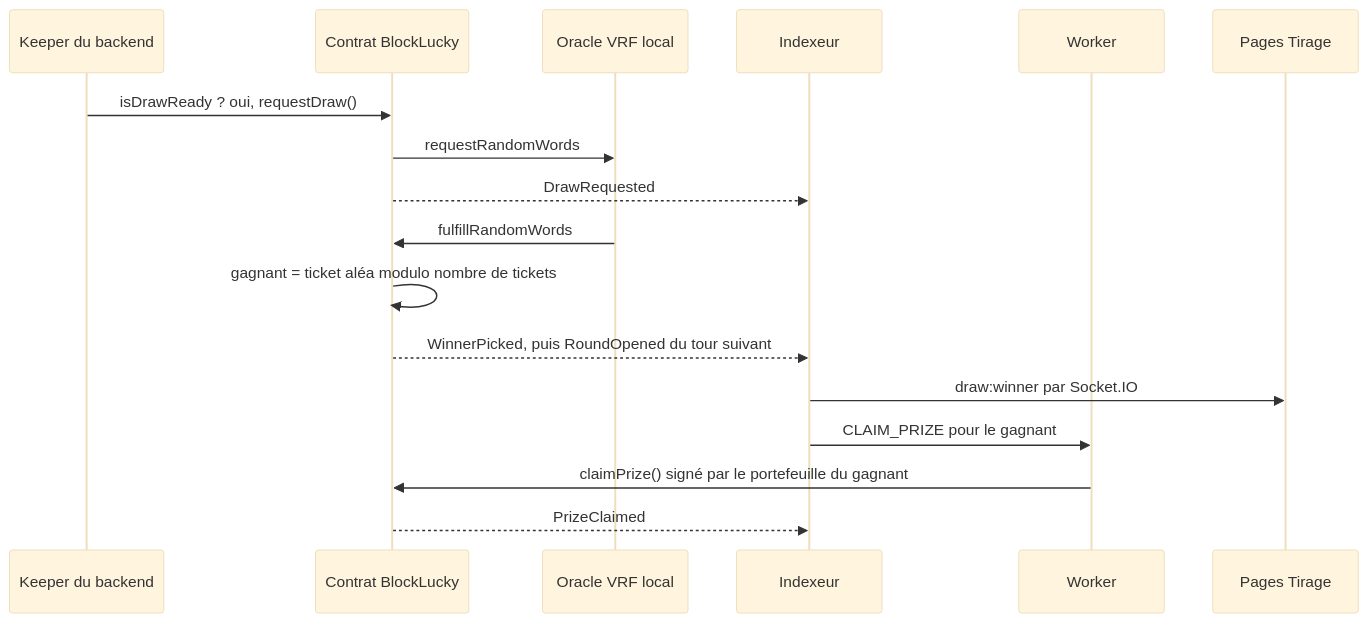
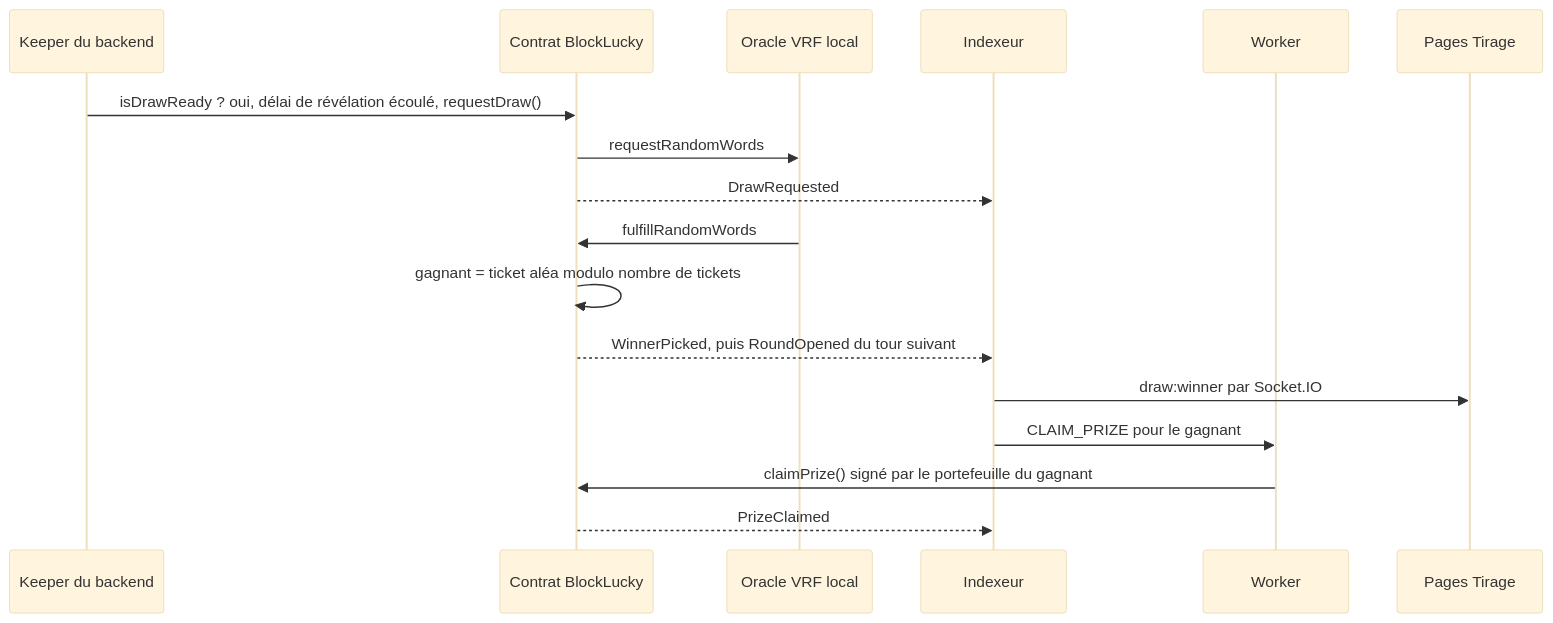
Before and after one commit to MarceauTDML/BlockLucky: the diagram in documentation-officielle/content/guides/soutenance.md, drawn with Mermaid (base theme). The commit also changed other lines of this file and 82 other files, not shown here.

````diff
--- a/documentation-officielle/content/guides/soutenance.md
+++ b/documentation-officielle/content/guides/soutenance.md
@@ -176,19 +186,19 @@
 ```mermaid
 sequenceDiagram
     participant K as Keeper du backend
     participant C as Contrat BlockLucky
     participant V as Oracle VRF local
     participant I as Indexeur
     participant W as Worker
     participant P as Pages Tirage
-    K->>C: isDrawReady ? oui, requestDraw()
+    K->>C: isDrawReady ? oui, délai de révélation écoulé, requestDraw()
     C->>V: requestRandomWords
     C-->>I: DrawRequested
     V->>C: fulfillRandomWords
     C->>C: gagnant = ticket aléa modulo nombre de tickets
     C-->>I: WinnerPicked, puis RoundOpened du tour suivant
     I->>P: draw:winner par Socket.IO
     I->>W: CLAIM_PRIZE pour le gagnant
     W->>C: claimPrize() signé par le portefeuille du gagnant
     C-->>I: PrizeClaimed
 ```
````
